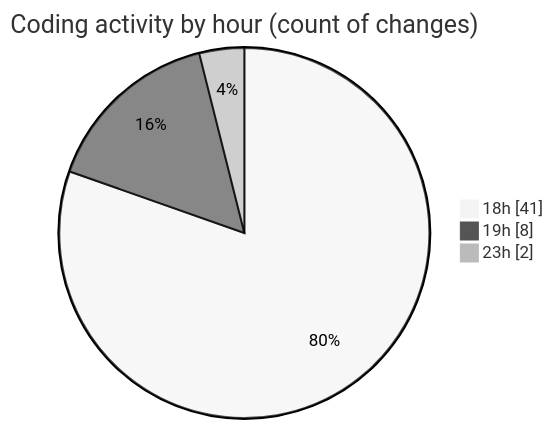
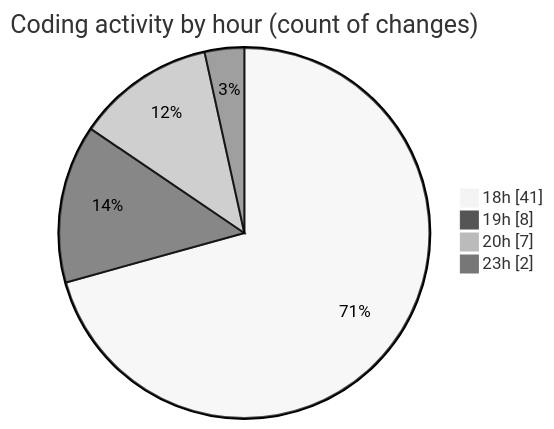
Before and after one commit to Ritupan-Deka/code-tracking: the second of 2 diagrams in 2025-11-01/backend/README.md, drawn with Mermaid (neutral theme). The commit also changed other lines of this file and 1 other file, not shown here.

````diff
--- a/2025-11-01/backend/README.md
+++ b/2025-11-01/backend/README.md
@@ -42,7 +42,8 @@
 ```mermaid
 pie showData
 title Coding activity by hour (count of changes)
 "18h" : 41
 "19h" : 8
+"20h" : 7
 "23h" : 2
 ```
````
